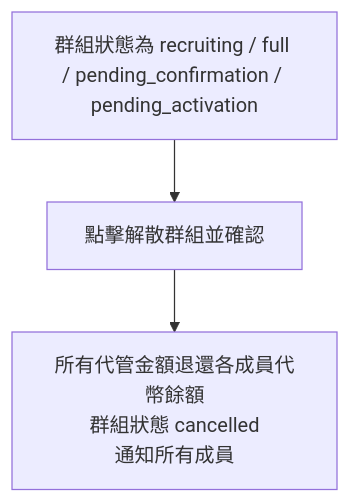
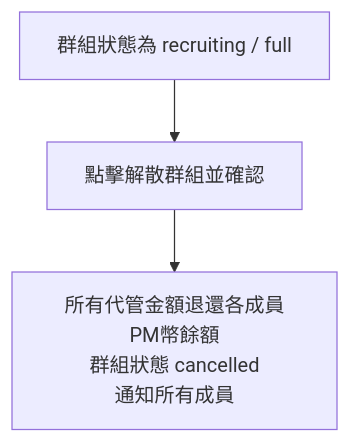
Before and after one commit to s1092055/PartyMatch: diagram 11 of 15 in docs/user-flows.md, drawn with Mermaid. The commit also changed other lines of this file and 16 other files, not shown here.

````diff
--- a/docs/user-flows.md
+++ b/docs/user-flows.md
@@ -164,5 +162,5 @@
 ```mermaid
 flowchart TD
-  A[群組狀態為 recruiting / full / pending_confirmation / pending_activation] --> B[點擊解散群組並確認]
-  B --> C[所有代管金額退還各成員代幣餘額\n群組狀態 cancelled\n通知所有成員]
+  A[群組狀態為 recruiting / full] --> B[點擊解散群組並確認]
+  B --> C[所有代管金額退還各成員PM幣餘額\n群組狀態 cancelled\n通知所有成員]
 ```
````
